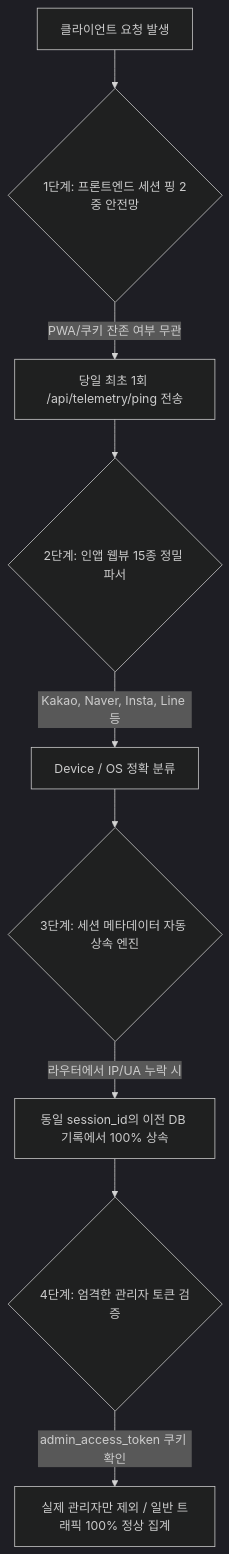
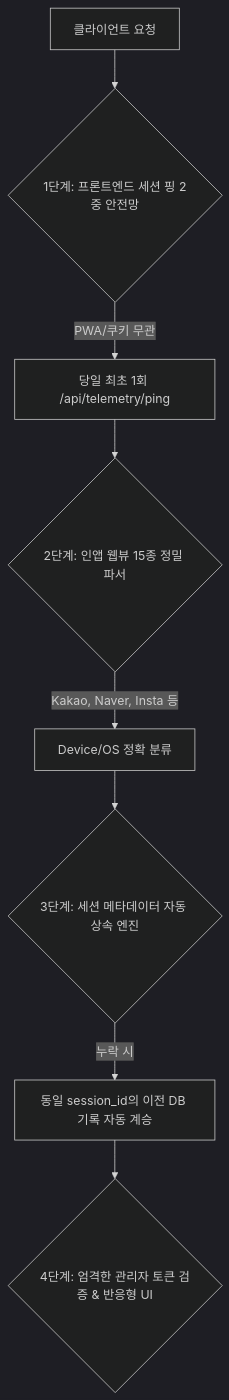
One commit to daniel-dataflow/daniel-dataflow.github.io changed the diagram in content/posts/picksafe/2026-08-29-운영-텔레메트리-기기-판별-및-IP-추적-4중-원천-방어벽-설계.md. Above: the diagram before and after it, drawn with Mermaid (dark theme). The commit also changed other lines of this file and 61 other files, not shown here.

````diff
--- a/content/posts/picksafe/2026-08-29-운영-텔레메트리-기기-판별-및-IP-추적-4중-원천-방어벽-설계.md
+++ b/content/posts/picksafe/2026-08-29-운영-텔레메트리-기기-판별-및-IP-추적-4중-원천-방어벽-설계.md
@@ -51,11 +33,10 @@
 ```mermaid
 flowchart TD
-    A[클라이언트 요청 발생] --> B{1단계: 프론트엔드 세션 핑 2중 안전망}
-    B -->|PWA/쿠키 잔존 여부 무관| C[당일 최초 1회 /api/telemetry/ping 전송]
+    A[클라이언트 요청] --> B{1단계: 프론트엔드 세션 핑 2중 안전망}
+    B -->|PWA/쿠키 무관| C[당일 최초 1회 /api/telemetry/ping]
     C --> D{2단계: 인앱 웹뷰 15종 정밀 파서}
-    D -->|Kakao, Naver, Insta, Line 등| E[Device / OS 정확 분류]
+    D -->|Kakao, Naver, Insta 등| E[Device/OS 정확 분류]
     E --> F{3단계: 세션 메타데이터 자동 상속 엔진}
-    F -->|라우터에서 IP/UA 누락 시| G[동일 session_id의 이전 DB 기록에서 100% 상속]
-    G --> H{4단계: 엄격한 관리자 토큰 검증}
-    H -->|admin_access_token 쿠키 확인| I[실제 관리자만 제외 / 일반 트래픽 100% 정상 집계]
+    F -->|누락 시| G[동일 session_id의 이전 DB 기록 자동 계승]
+    G --> H{4단계: 엄격한 관리자 토큰 검증 & 반응형 UI}
 ```
````
